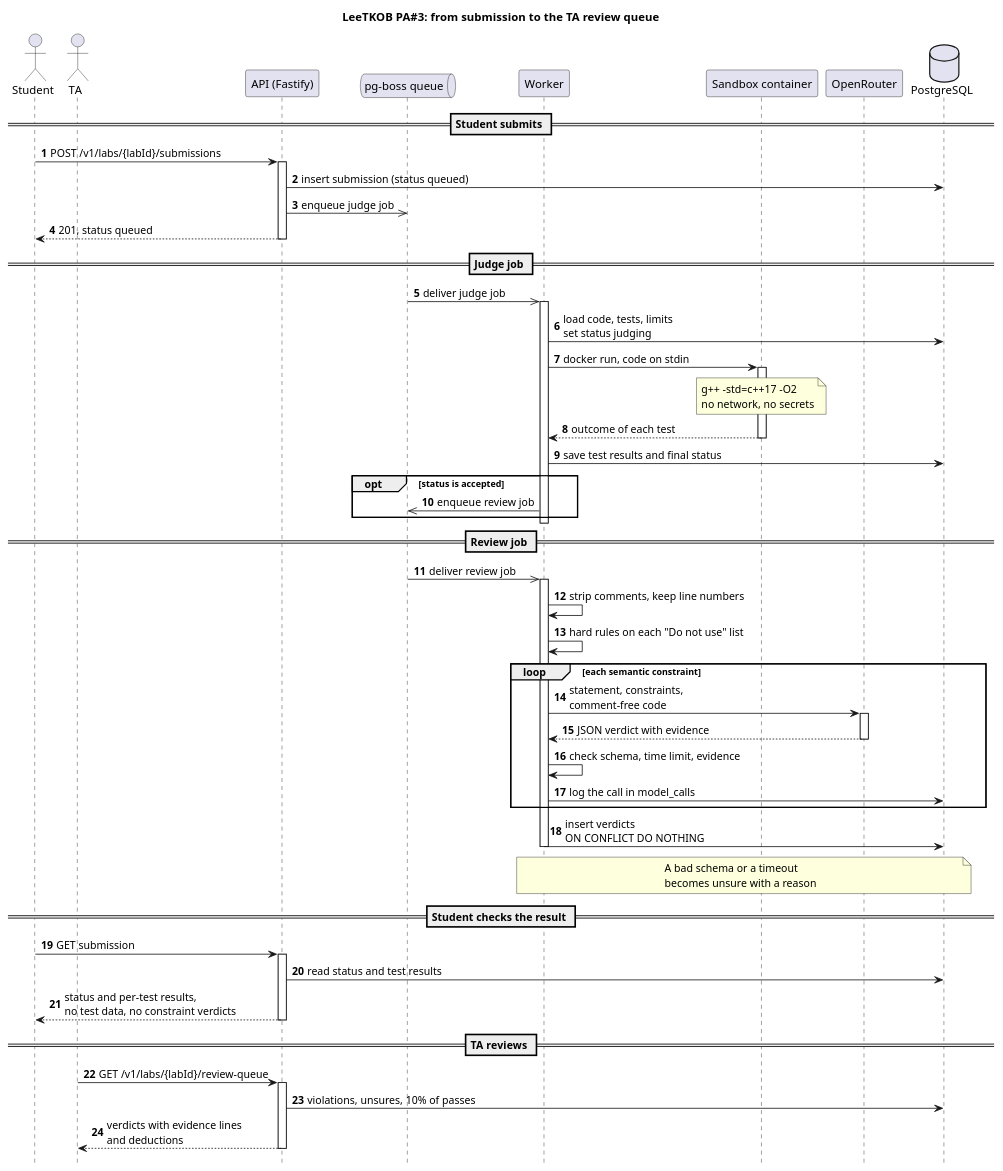
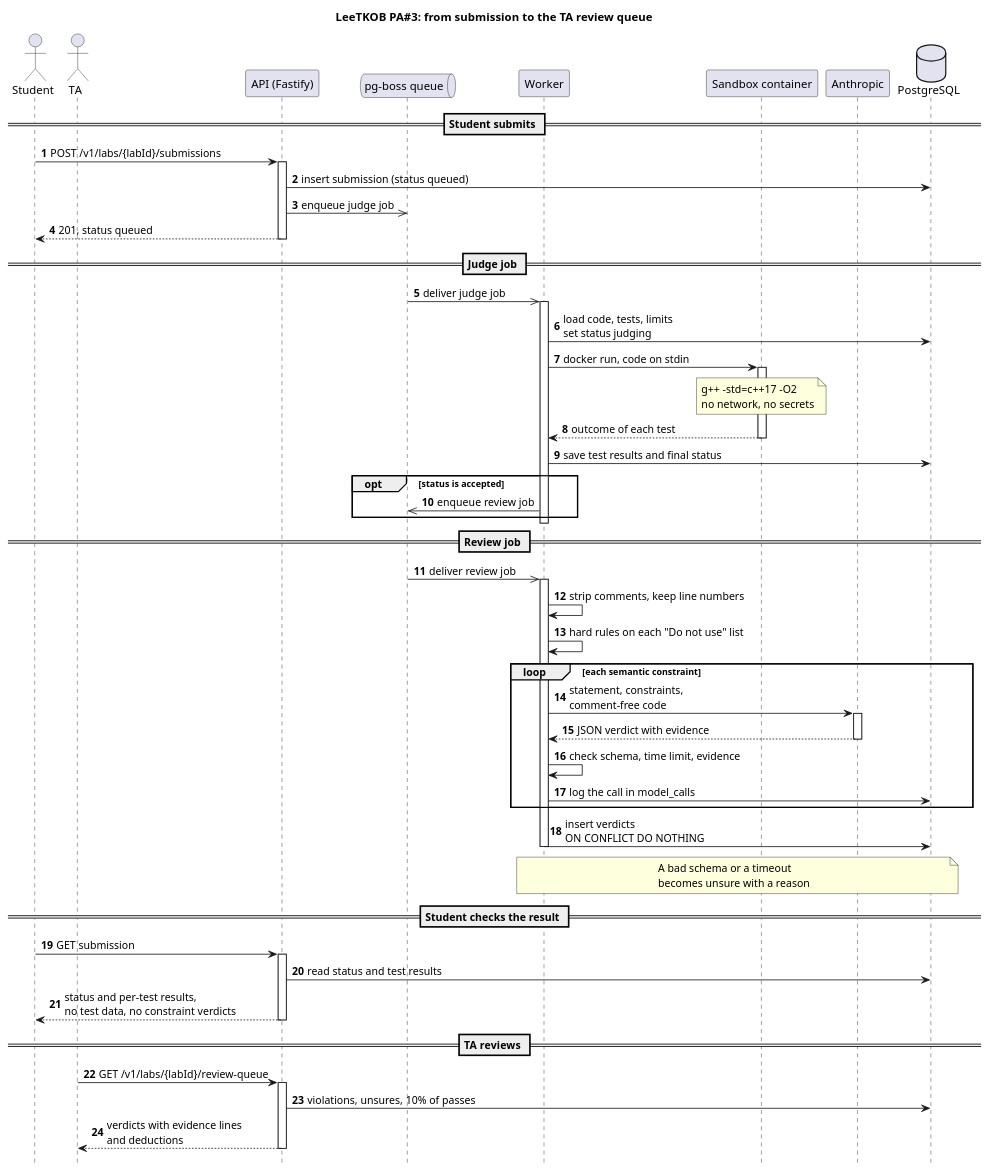
The diagram in docs/diagrams/pa3-flow.puml (xyberr81/CSC13114-AWAD-FinalProject), drawn with PlantUML before and after one commit. The commit also changed 2 other files, not shown here.

Commit message:
docs: name Anthropic in CLAUDE.md, setup.sh and the PA#3 diagram

```diff
--- a/docs/diagrams/pa3-flow.puml
+++ b/docs/diagrams/pa3-flow.puml
@@ -1,54 +1,54 @@
 title LeeTKOB PA#3: from submission to the TA review queue
 autonumber
 hide footbox
 
 actor Student
 actor TA
 participant "API (Fastify)" as API
 queue "pg-boss queue" as Q
 participant "Worker" as W
 participant "Sandbox container" as SB
-participant "OpenRouter" as LLM
+participant "Anthropic" as LLM
 database "PostgreSQL" as DB
 
 == Student submits ==
 Student -> API ++ : POST /v1/labs/{labId}/submissions
 API -> DB : insert submission (status queued)
 API ->> Q : enqueue judge job
 API --> Student -- : 201, status queued
 
 == Judge job ==
 Q ->> W ++ : deliver judge job
 W -> DB : load code, tests, limits\nset status judging
 W -> SB ++ : docker run, code on stdin
 note over SB : g++ -std=c++17 -O2\nno network, no secrets
 SB --> W -- : outcome of each test
 W -> DB : save test results and final status
 opt status is accepted
   W ->> Q : enqueue review job
 end
 deactivate W
 
 == Review job ==
 Q ->> W ++ : deliver review job
 W -> W : strip comments, keep line numbers
 W -> W : hard rules on each "Do not use" list
 loop each semantic constraint
   W -> LLM ++ : statement, constraints,\ncomment-free code
   LLM --> W -- : JSON verdict with evidence
   W -> W : check schema, time limit, evidence
   W -> DB : log the call in model_calls
 end
 W -> DB : insert verdicts\nON CONFLICT DO NOTHING
 deactivate W
 note over W, DB : A bad schema or a timeout\nbecomes unsure with a reason
 
 == Student checks the result ==
 Student -> API ++ : GET submission
 API -> DB : read status and test results
 API --> Student -- : status and per-test results,\nno test data, no constraint verdicts
 
 == TA reviews ==
 TA -> API ++ : GET /v1/labs/{labId}/review-queue
 API -> DB : violations, unsures, 10% of passes
 API --> TA -- : verdicts with evidence lines\nand deductions
```
